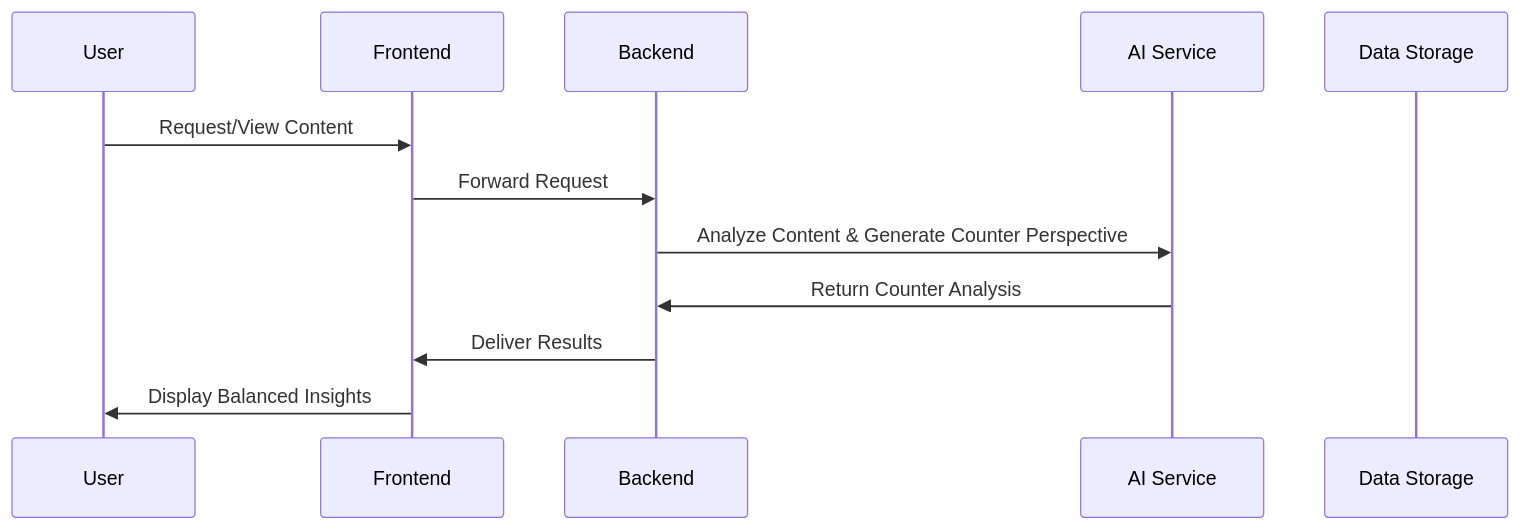
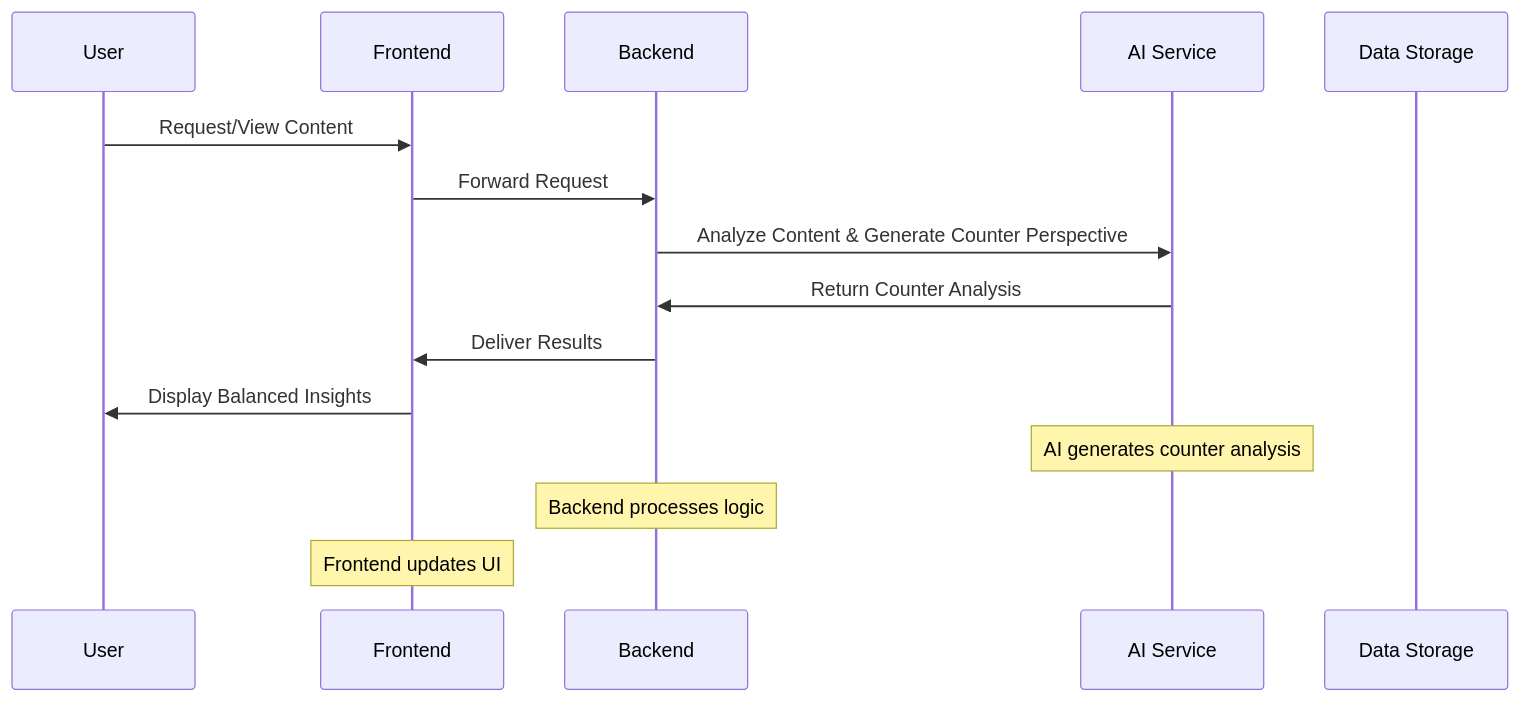
Before and after one commit to vedpawar2254/Perspective: the first of 2 diagrams in README.md, drawn with Mermaid. The commit also changed other lines of this file, not shown here.

Commit message:
Made chabges in architecture diagram to make it easily understandable.

````diff
--- a/README.md
+++ b/README.md
@@ -92,15 +92,22 @@
 ```mermaid
 sequenceDiagram
+    %% Define Participants
     participant U as User
     participant F as Frontend
     participant B as Backend
     participant AI as AI Service
     participant D as Data Storage
 
+    %% Interaction Flow
     U->>F: Request/View Content
     F->>B: Forward Request
     B->>AI: Analyze Content & Generate Counter Perspective
     AI->>B: Return Counter Analysis   
     B->>F: Deliver Results
     F->>U: Display Balanced Insights
+
+    %% Notes for Clarity
+    Note over AI: AI generates counter analysis
+    Note over B: Backend processes logic
+    Note over F: Frontend updates UI
 ```
````
